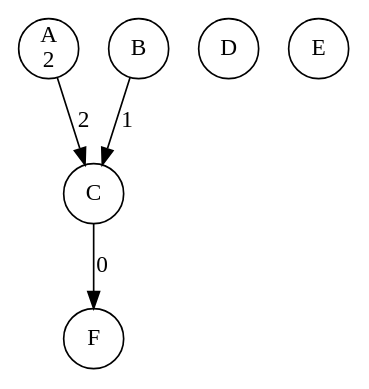
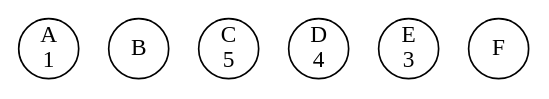
Before and after one commit to li23179/GO: the diagram in concurrency-lab-2/bank/out/0000000003.gv, drawn with Graphviz. The commit also changed 25 other files, not shown here.

```diff
--- a/concurrency-lab-2/bank/out/0000000003.gv
+++ b/concurrency-lab-2/bank/out/0000000003.gv
@@ -1,11 +1,8 @@
 digraph bank {
-	 0 [label= "A\n2" , pos= "1,0!" , shape=circle, fixedsize=true, width=0.5 ]
+	 0 [label= "A\n1" , pos= "1,0!" , shape=circle, fixedsize=true, width=0.5 ]
 	 1 [label= "B\n" , pos= "0,1!" , shape=circle, fixedsize=true, width=0.5 ]
-	 2 [label= "C\n" , pos= "1,2!" , shape=circle, fixedsize=true, width=0.5 ]
-	 3 [label= "D\n" , pos= "2,2!" , shape=circle, fixedsize=true, width=0.5 ]
-	 4 [label= "E\n" , pos= "3,1!" , shape=circle, fixedsize=true, width=0.5 ]
+	 2 [label= "C\n5" , pos= "1,2!" , shape=circle, fixedsize=true, width=0.5 ]
+	 3 [label= "D\n4" , pos= "2,2!" , shape=circle, fixedsize=true, width=0.5 ]
+	 4 [label= "E\n3" , pos= "3,1!" , shape=circle, fixedsize=true, width=0.5 ]
 	 5 [label= "F\n" , pos= "2,0!" , shape=circle, fixedsize=true, width=0.5 ]
-	 "0" -> "2" [label= "2" ]
-	 "1" -> "2" [label= "1" ]
-	 "2" -> "5" [label= "0" ]
 }
```
